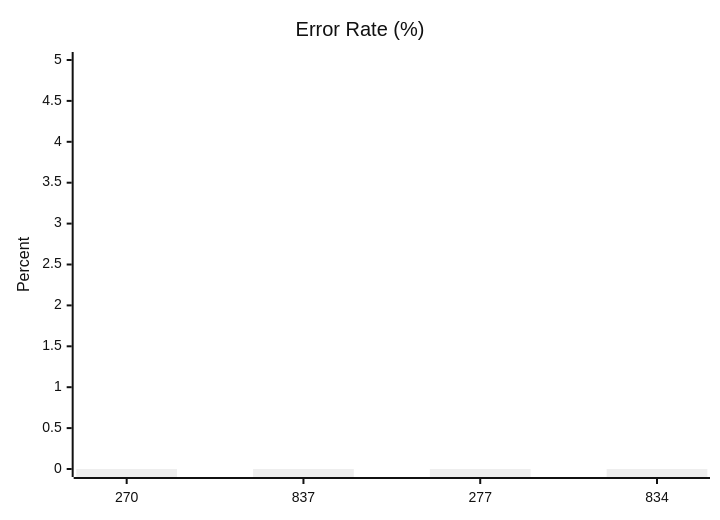
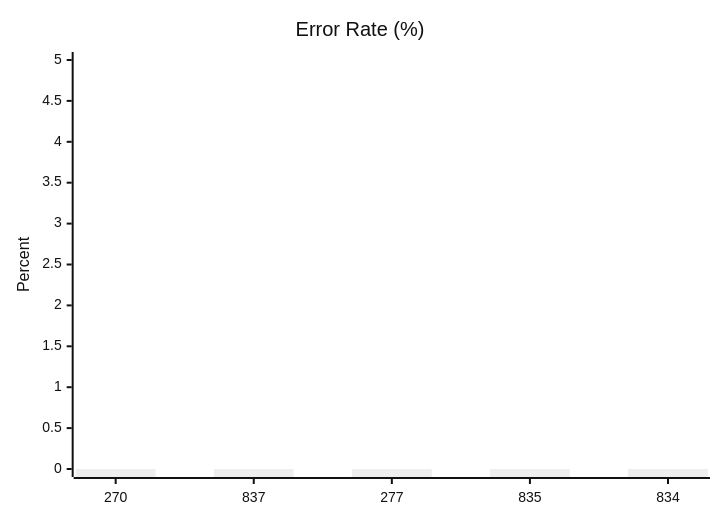
One commit to dhagan-va/intern-2025 changed the fourth of 10 diagrams in test-tools/DataGen/src/Statistics_Visualizer.md. Above: the diagram before and after it, drawn with Mermaid (neutral theme). The commit also changed other lines of this file and 2 other files, not shown here.

````diff
--- a/test-tools/DataGen/src/Statistics_Visualizer.md
+++ b/test-tools/DataGen/src/Statistics_Visualizer.md
@@ -50,7 +50,7 @@
 ```mermaid
 xychart-beta
     title "Error Rate (%)"
-    x-axis ["270", "837", "277", "834"]
+    x-axis ["270", "837", "277", "835", "834"]
     y-axis "Percent" 0 --> 5
     bar [0, 0, 0, 0, 0]
 ```
````
